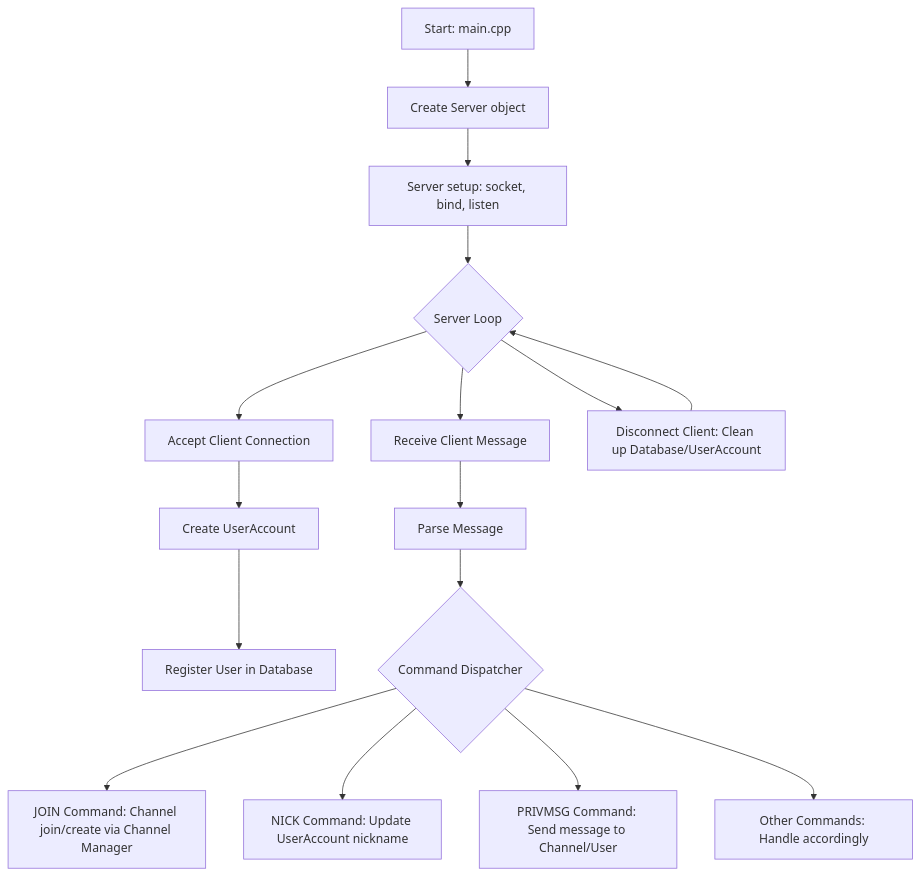
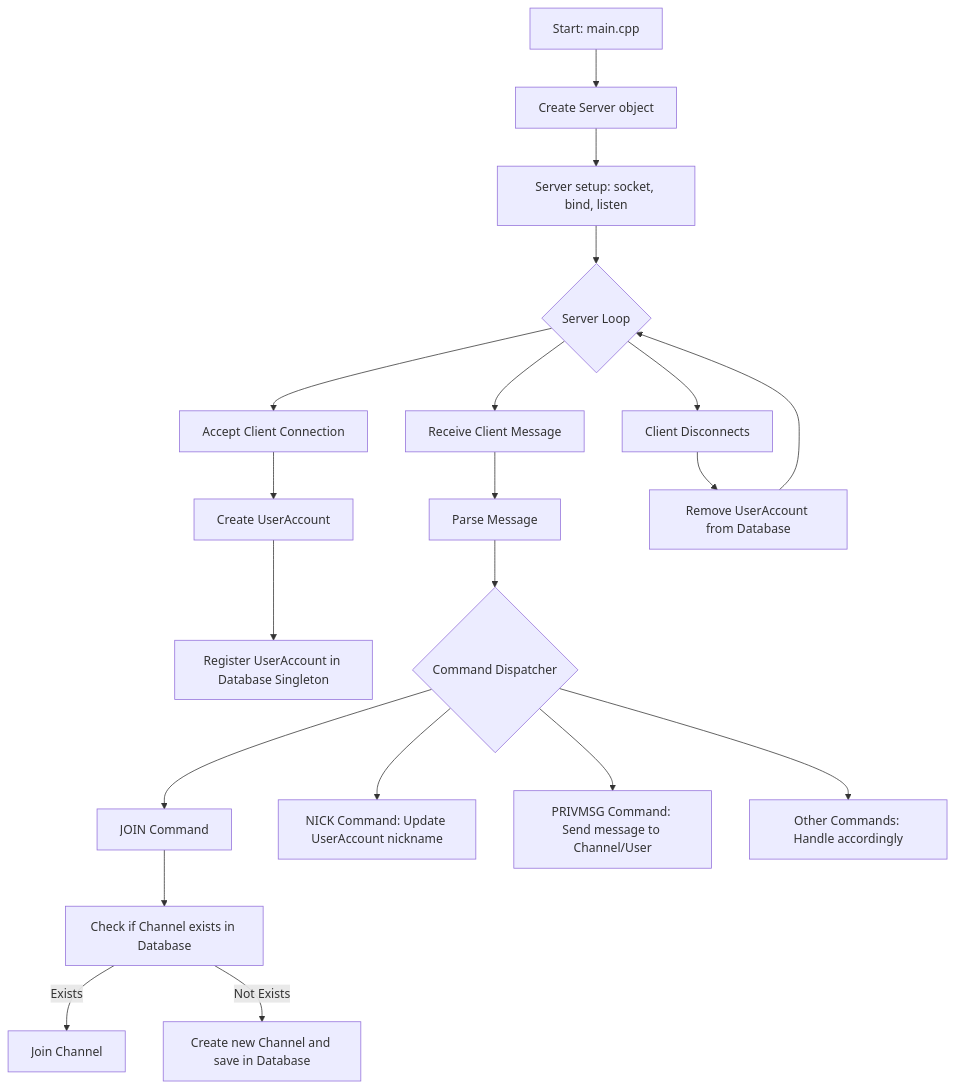
Before and after one commit to ph-han/IRC: the diagram in README.md, drawn with Mermaid.

````diff
--- a/README.md
+++ b/README.md
@@ -21,18 +21,22 @@
 ```mermaid
 flowchart TD
     A[Start: main.cpp] --> B[Create Server object]
     B --> C[Server setup: socket, bind, listen]
     C --> D{Server Loop}
     D --> E[Accept Client Connection]
     E --> F[Create UserAccount]
-    F --> G[Register User in Database]
+    F --> G[Register UserAccount in Database Singleton]
     D --> H[Receive Client Message]
     H --> I[Parse Message]
     I --> J{Command Dispatcher}
-    J --> K1[JOIN Command: Channel join/create via Channel Manager]
+    J --> K1[JOIN Command]
+    K1 --> K1a[Check if Channel exists in Database]
+    K1a -->|Exists| K1b[Join Channel]
+    K1a -->|Not Exists| K1c[Create new Channel and save in Database]
     J --> K2[NICK Command: Update UserAccount nickname]
     J --> K3[PRIVMSG Command: Send message to Channel/User]
     J --> K4[Other Commands: Handle accordingly]
-    D --> L[Disconnect Client: Clean up Database/UserAccount]
-    L --> D
+    D --> L[Client Disconnects]
+    L --> M[Remove UserAccount from Database]
+    M --> D
 ```
````
